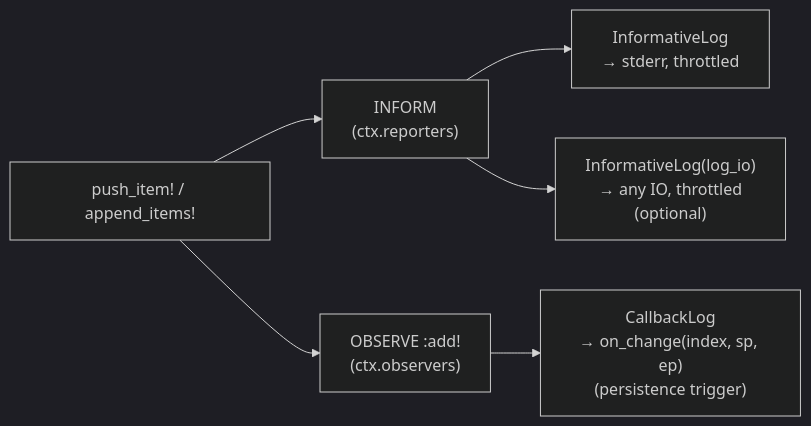
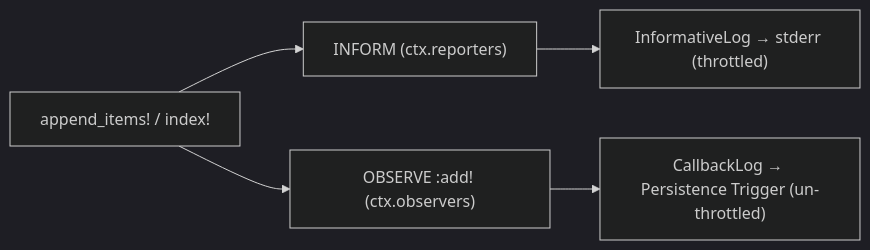
One commit to sadit/SimilaritySearchEngine.jl changed the seventh of 7 diagrams in manual/architecture.qmd. Above: the diagram before and after it, drawn with Mermaid (dark theme). The commit also changed other lines of this file and 9 other files, not shown here.

````diff
--- a/manual/architecture.qmd
+++ b/manual/architecture.qmd
@@ -531,8 +291,7 @@
 ```{mermaid}
 flowchart LR
-    Mutation["push_item! / append_items!"] --> INFORM["INFORM<br/>(ctx.reporters)"]
-    Mutation --> OBSERVE["OBSERVE :add!<br/>(ctx.observers)"]
-    INFORM --> Stderr["InformativeLog<br/>→ stderr, throttled"]
-    INFORM --> FileIO["InformativeLog(log_io)<br/>→ any IO, throttled<br/>(optional)"]
-    OBSERVE --> CallbackLog["CallbackLog<br/>→ on_change(index, sp, ep)<br/>(persistence trigger)"]
+    Mutation["append_items! / index!"] --> INFORM["INFORM (ctx.reporters)"]
+    Mutation --> OBSERVE["OBSERVE :add! (ctx.observers)"]
+    INFORM --> Stderr["InformativeLog → stderr (throttled)"]
+    OBSERVE --> CallbackLog["CallbackLog → Persistence Trigger (un-throttled)"]
 ```
````
